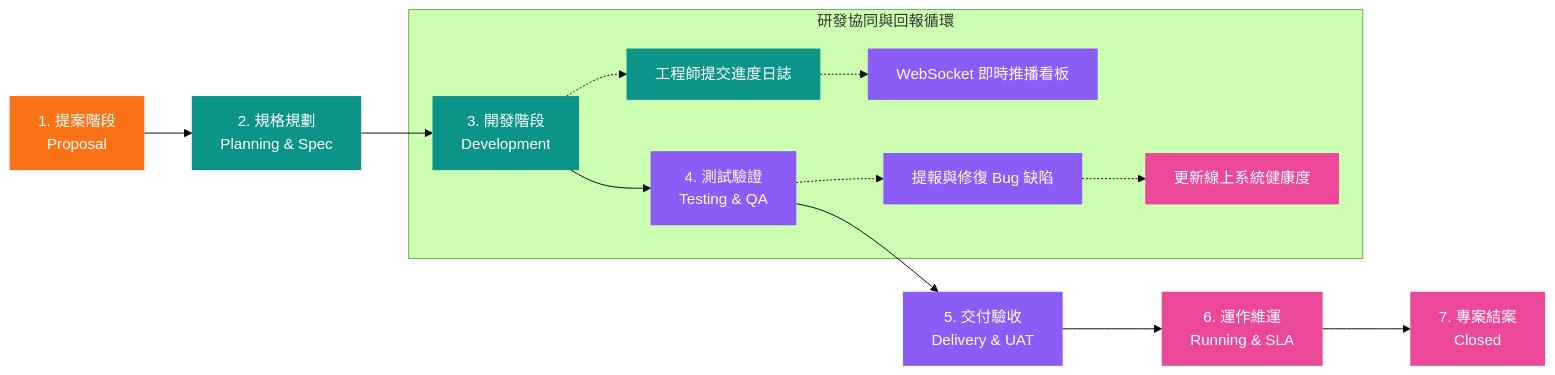
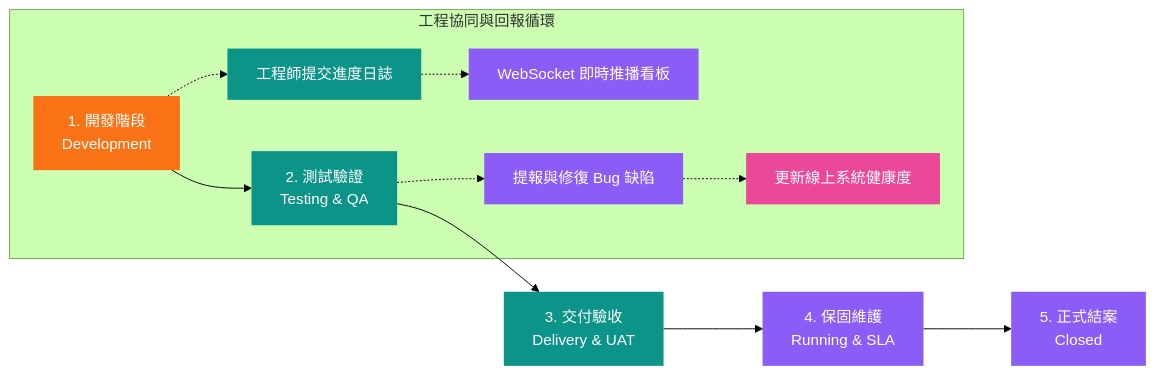
The third of 6 diagrams in 需求/頁面結構/業務流程圖.md (kawawei/liheng-system), drawn with Mermaid (forest theme) before and after one commit. The commit also changed other lines of this file and 13 other files, not shown here.

Commit message:
feat(wbs): support chartering modal, duration calculation, tax inclusive/exclusive math, dynamic payment stages, 5-stage lifecycle, and change orders

````diff
--- a/需求/頁面結構/業務流程圖.md
+++ b/需求/頁面結構/業務流程圖.md
@@ -63,21 +63,19 @@
 ```mermaid
 graph LR
     classDef level1 fill:#f97316,stroke:none,color:white;
     classDef level2 fill:#0d9488,stroke:none,color:white;
     classDef level3 fill:#8b5cf6,stroke:none,color:white;
     classDef level4 fill:#ec4899,stroke:none,color:white;
 
-    S1[1. 提案階段<br>Proposal]:::level1 --> S2[2. 規格規劃<br>Planning & Spec]:::level2
-    S2 --> S3[3. 開發階段<br>Development]:::level2
-    S3 --> S4[4. 測試驗證<br>Testing & QA]:::level3
-    S4 --> S5[5. 交付驗收<br>Delivery & UAT]:::level3
-    S5 --> S6[6. 運作維運<br>Running & SLA]:::level4
-    S6 --> S7[7. 專案結案<br>Closed]:::level4
+    S1[1. 開發階段<br>Development]:::level1 --> S2[2. 測試驗證<br>Testing & QA]:::level2
+    S2 --> S3[3. 交付驗收<br>Delivery & UAT]:::level2
+    S3 --> S4[4. 保固維護<br>Running & SLA]:::level3
+    S4 --> S5[5. 正式結案<br>Closed]:::level3
 
-    subgraph 研發協同與回報循環
-        S3 -.-> RDLog[工程師提交進度日誌]:::level2
+    subgraph 工程協同與回報循環
+        S1 -.-> RDLog[工程師提交進度日誌]:::level2
         RDLog -.-> WSPush[WebSocket 即時推播看板]:::level3
-        S4 -.-> BugTrack[提報與修復 Bug 缺陷]:::level3
+        S2 -.-> BugTrack[提報與修復 Bug 缺陷]:::level3
         BugTrack -.-> HealthMonitor[更新線上系統健康度]:::level4
     end
 ```
````
